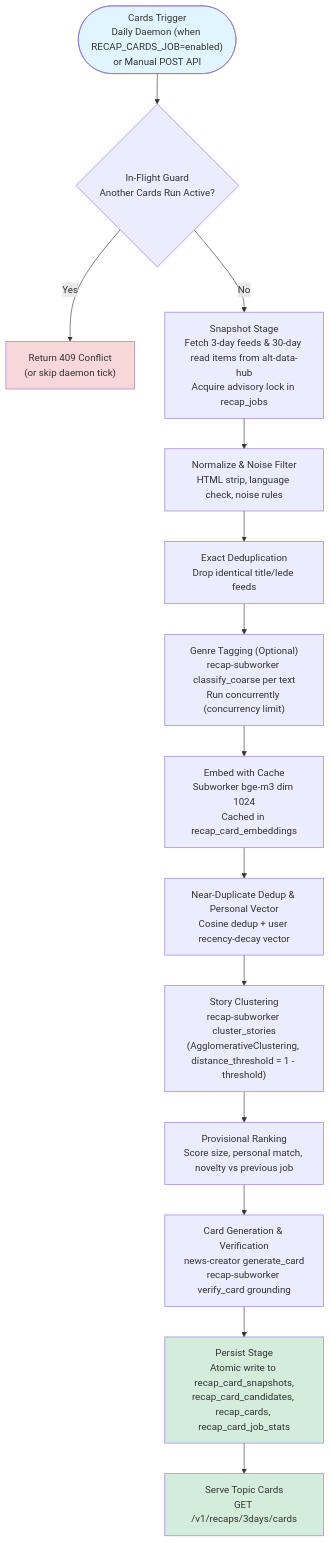
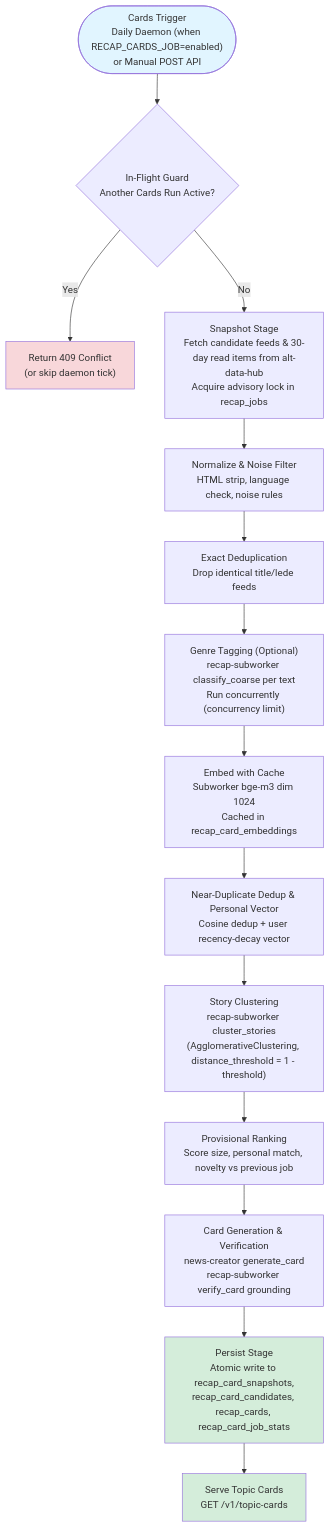
Before and after one commit to Kaikei-e/Alt: the fifth of 6 diagrams in recap-worker/PIPELINE_FLOW.md, drawn with Mermaid. The commit also changed other lines of this file and 12 other files, not shown here.

First line of the commit message:
feat(recap): run topic cards as a daily routine with retry and catch-up

````diff
--- a/recap-worker/PIPELINE_FLOW.md
+++ b/recap-worker/PIPELINE_FLOW.md
@@ -254,32 +254,32 @@
 ```mermaid
 flowchart TB
     Trigger(["Cards Trigger<br/>Daily Daemon (when RECAP_CARDS_JOB=enabled)<br/>or Manual POST API"]) --> InFlightGuard{"In-Flight Guard<br/>Another Cards Run Active?"}
 
     InFlightGuard -->|Yes| Conflict409["Return 409 Conflict<br/>(or skip daemon tick)"]
-    InFlightGuard -->|No| Snapshot["Snapshot Stage<br/>Fetch 3-day feeds &amp; 30-day read items from alt-data-hub<br/>Acquire advisory lock in recap_jobs"]
+    InFlightGuard -->|No| Snapshot["Snapshot Stage<br/>Fetch candidate feeds &amp; 30-day read items from alt-data-hub<br/>Acquire advisory lock in recap_jobs"]
 
     Snapshot --> NormalizeNoise["Normalize &amp; Noise Filter<br/>HTML strip, language check, noise rules"]
 
     NormalizeNoise --> DedupExact["Exact Deduplication<br/>Drop identical title/lede feeds"]
 
     DedupExact --> GenreTag["Genre Tagging (Optional)<br/>recap-subworker classify_coarse per text<br/>Run concurrently (concurrency limit)"]
 
     GenreTag --> EmbedCache["Embed with Cache<br/>Subworker bge-m3 dim 1024<br/>Cached in recap_card_embeddings"]
 
     EmbedCache --> NearDedup["Near-Duplicate Dedup &amp; Personal Vector<br/>Cosine dedup + user recency-decay vector"]
 
     NearDedup --> Cluster["Story Clustering<br/>recap-subworker cluster_stories<br/>(AgglomerativeClustering, distance_threshold = 1 - threshold)"]
 
     Cluster --> Rank["Provisional Ranking<br/>Score size, personal match, novelty vs previous job"]
 
     Rank --> GenVerify["Card Generation &amp; Verification<br/>news-creator generate_card<br/>recap-subworker verify_card grounding"]
 
     GenVerify --> PersistCards["Persist Stage<br/>Atomic write to recap_card_snapshots,<br/>recap_card_candidates, recap_cards, recap_card_job_stats"]
 
-    PersistCards --> ServeAPI["Serve Topic Cards<br/>GET /v1/recaps/3days/cards"]
+    PersistCards --> ServeAPI["Serve Topic Cards<br/>GET /v1/topic-cards"]
 
     style Trigger fill:#e1f5ff
     style Conflict409 fill:#f8d7da
     style PersistCards fill:#d4edda
     style ServeAPI fill:#d4edda
 ```
````
